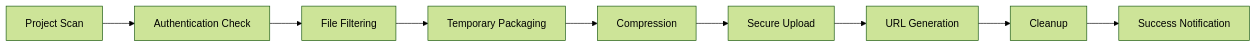
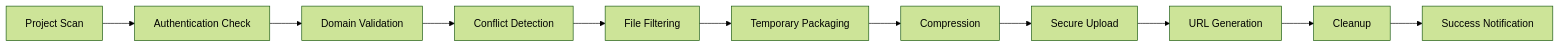
One commit to anuragco/Taptap-lightning-fast-command-line-tool-for-Deployment changed the diagram in README.md. Above: the diagram before and after it, drawn with Mermaid (forest theme). The commit also changed other lines of this file and 3 other files, not shown here.

````diff
--- a/README.md
+++ b/README.md
@@ -171,11 +209,13 @@
 ```mermaid
 graph LR
     A[Project Scan] --> B[Authentication Check]
-    B --> C[File Filtering]
-    C --> D[Temporary Packaging]
-    D --> E[Compression]
-    E --> F[Secure Upload]
-    F --> G[URL Generation]
-    G --> H[Cleanup]
-    H --> I[Success Notification]
+    B --> C[Domain Validation]
+    C --> D[Conflict Detection]
+    D --> E[File Filtering]
+    E --> F[Temporary Packaging]
+    F --> G[Compression]
+    G --> H[Secure Upload]
+    H --> I[URL Generation]
+    I --> J[Cleanup]
+    J --> K[Success Notification]
 ```
````
